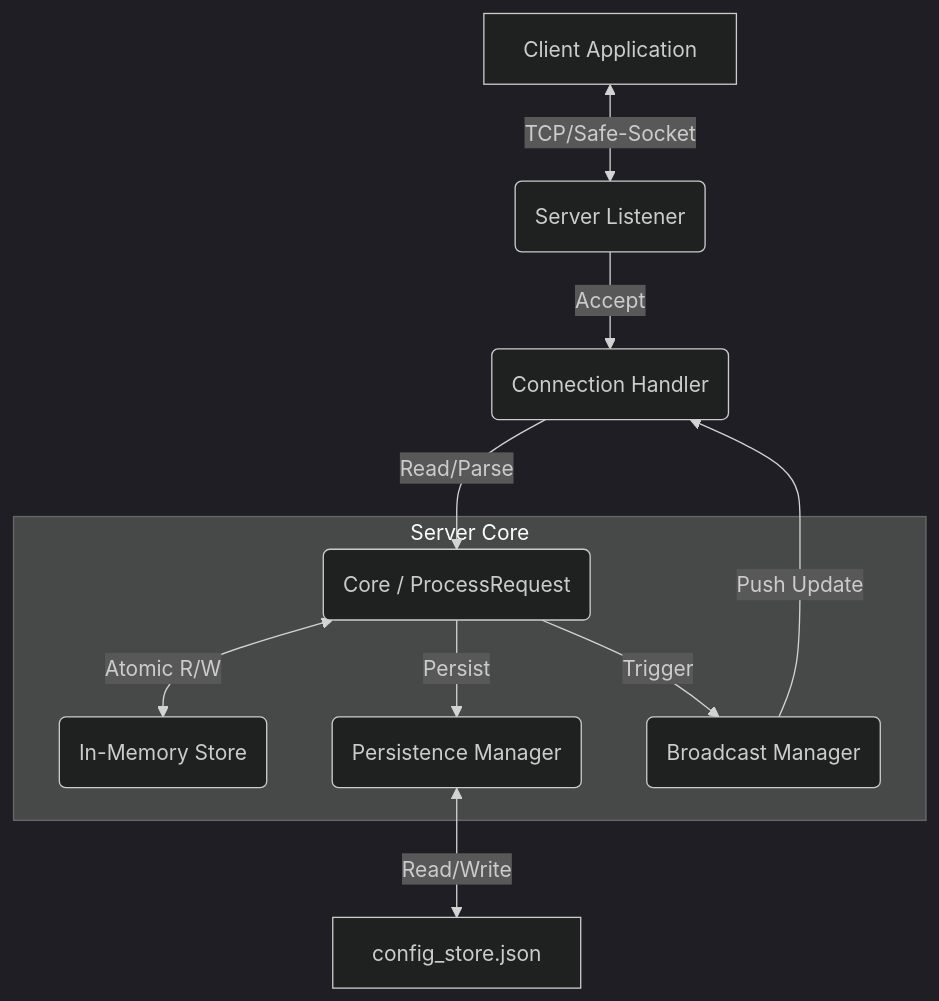
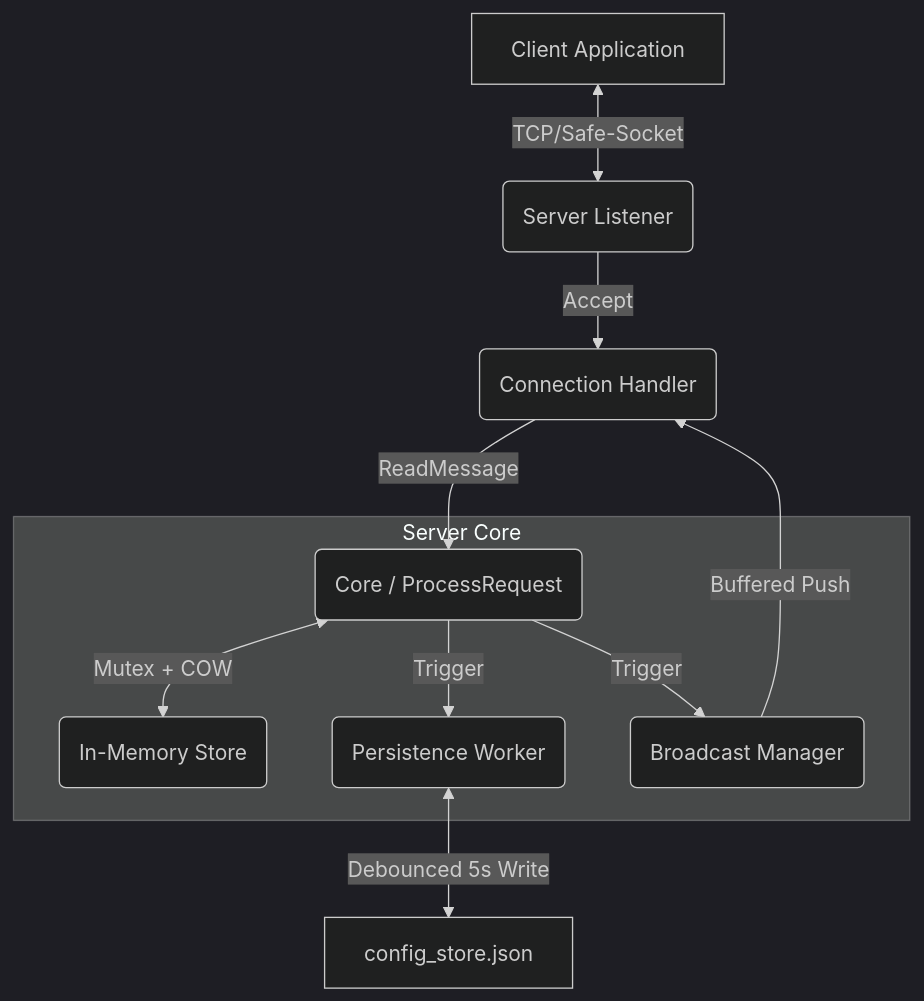
One commit to Bastien-Antigravity/config-server changed the diagram in ARCHITECTURE.md. Above: the diagram before and after it, drawn with Mermaid (dark theme). The commit also changed other lines of this file and 6 other files, not shown here.

First line of the commit message:
docs(config): synchronize documentation and harden shutdown sequence

````diff
--- a/ARCHITECTURE.md
+++ b/ARCHITECTURE.md
@@ -25,15 +25,15 @@
 ```mermaid
 graph TD
     Client[Client Application] <-->|TCP/Safe-Socket| ServerSocket(Server Listener)
     ServerSocket -->|Accept| ConnectionHandler(Connection Handler)
-    ConnectionHandler -->|Read/Parse| RequestHandler(Core / ProcessRequest)
+    ConnectionHandler -->|ReadMessage| RequestHandler(Core / ProcessRequest)
     
     subgraph "Server Core"
-        RequestHandler <-->|Atomic R/W| Store(In-Memory Store)
-        RequestHandler -->|Persist| Persistence(Persistence Manager)
+        RequestHandler <-->|Mutex + COW| Store(In-Memory Store)
+        RequestHandler -->|Trigger| Persistence(Persistence Worker)
         RequestHandler -->|Trigger| Broadcaster(Broadcast Manager)
     end
     
-    Broadcaster -->|Push Update| ConnectionHandler
-    Persistence <-->|Read/Write| Disk[config_store.json]
+    Broadcaster -->|Buffered Push| ConnectionHandler
+    Persistence <-->|Debounced 5s Write| Disk[config_store.json]
 ```
````
